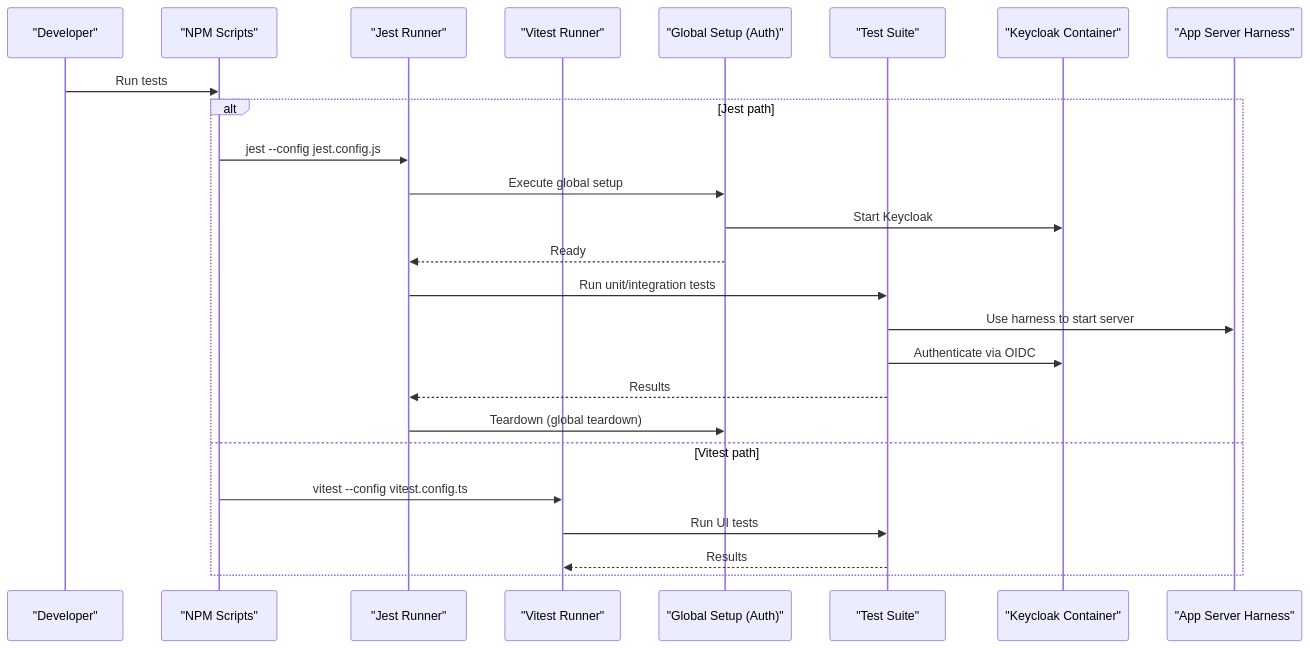
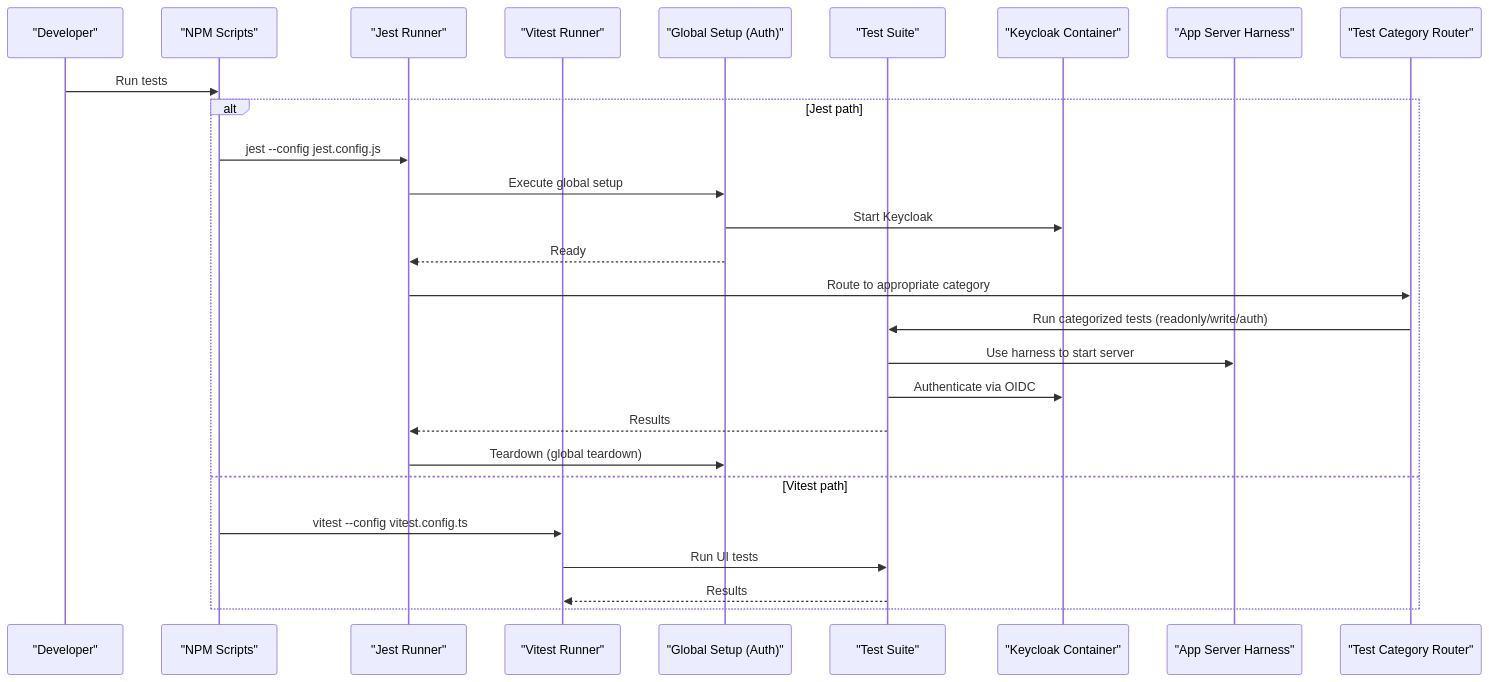
Before and after one commit to debian777/kairos-mcp: the second of 5 diagrams in .qoder/repowiki/en/content/Testing and Quality Assurance/Testing Strategy and Frameworks.md, drawn with Mermaid. The commit also changed other lines of this file and 7 other files, not shown here.

````diff
--- a/.qoder/repowiki/en/content/Testing and Quality Assurance/Testing Strategy and Frameworks.md
+++ b/.qoder/repowiki/en/content/Testing and Quality Assurance/Testing Strategy and Frameworks.md
@@ -114,27 +149,29 @@
 ```mermaid
 sequenceDiagram
 participant Dev as "Developer"
 participant NPM as "NPM Scripts"
 participant Jest as "Jest Runner"
 participant Vitest as "Vitest Runner"
 participant GS as "Global Setup (Auth)"
 participant Suite as "Test Suite"
 participant KC as "Keycloak Container"
 participant Srv as "App Server Harness"
+participant Cat as "Test Category Router"
 Dev->>NPM : Run tests
 alt Jest path
 NPM->>Jest : jest --config jest.config.js
 Jest->>GS : Execute global setup
 GS->>KC : Start Keycloak
 GS-->>Jest : Ready
-Jest->>Suite : Run unit/integration tests
+Jest->>Cat : Route to appropriate category
+Cat->>Suite : Run categorized tests (readonly/write/auth)
 Suite->>Srv : Use harness to start server
 Suite->>KC : Authenticate via OIDC
 Suite-->>Jest : Results
 Jest->>GS : Teardown (global teardown)
 else Vitest path
 NPM->>Vitest : vitest --config vitest.config.ts
 Vitest->>Suite : Run UI tests
 Suite-->>Vitest : Results
 end
 ```
````
